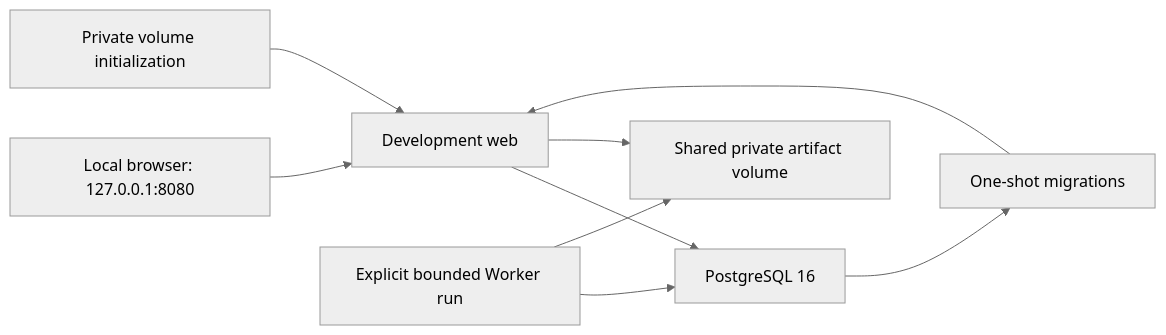
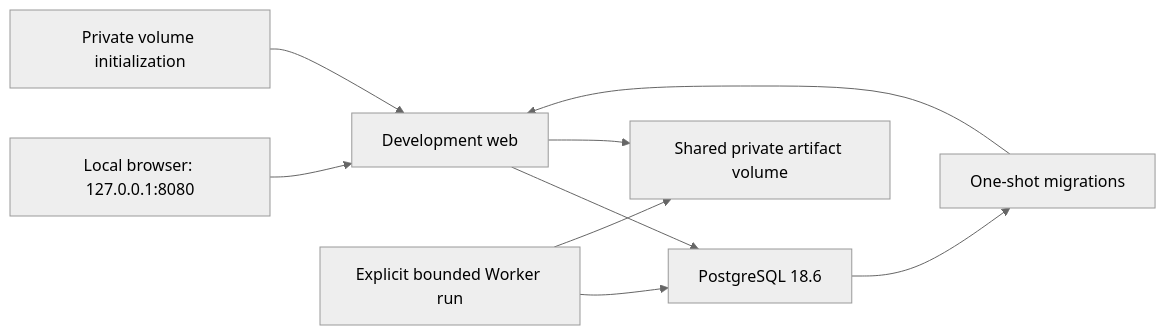
The diagram in docs/renewal/phase-9-review.md (Jafarli-Mahammad/Liner-Notes), drawn with Mermaid (neutral theme) before and after one commit. The commit also changed other lines of this file and 41 other files, not shown here.

Commit message:
Upgrade stable dependencies and preserve EF schema contracts

````diff
--- a/docs/renewal/phase-9-review.md
+++ b/docs/renewal/phase-9-review.md
@@ -89,11 +91,11 @@
 ```mermaid
 flowchart LR
   Browser[Local browser: 127.0.0.1:8080] --> Web[Development web]
-  Database[PostgreSQL 16] --> Migration[One-shot migrations]
+  Database[PostgreSQL 18.6] --> Migration[One-shot migrations]
   Migration --> Web
   Init[Private volume initialization] --> Web
   Web --> Database
   Worker[Explicit bounded Worker run] --> Database
   Web --> Storage[Shared private artifact volume]
   Worker --> Storage
 ```
````
